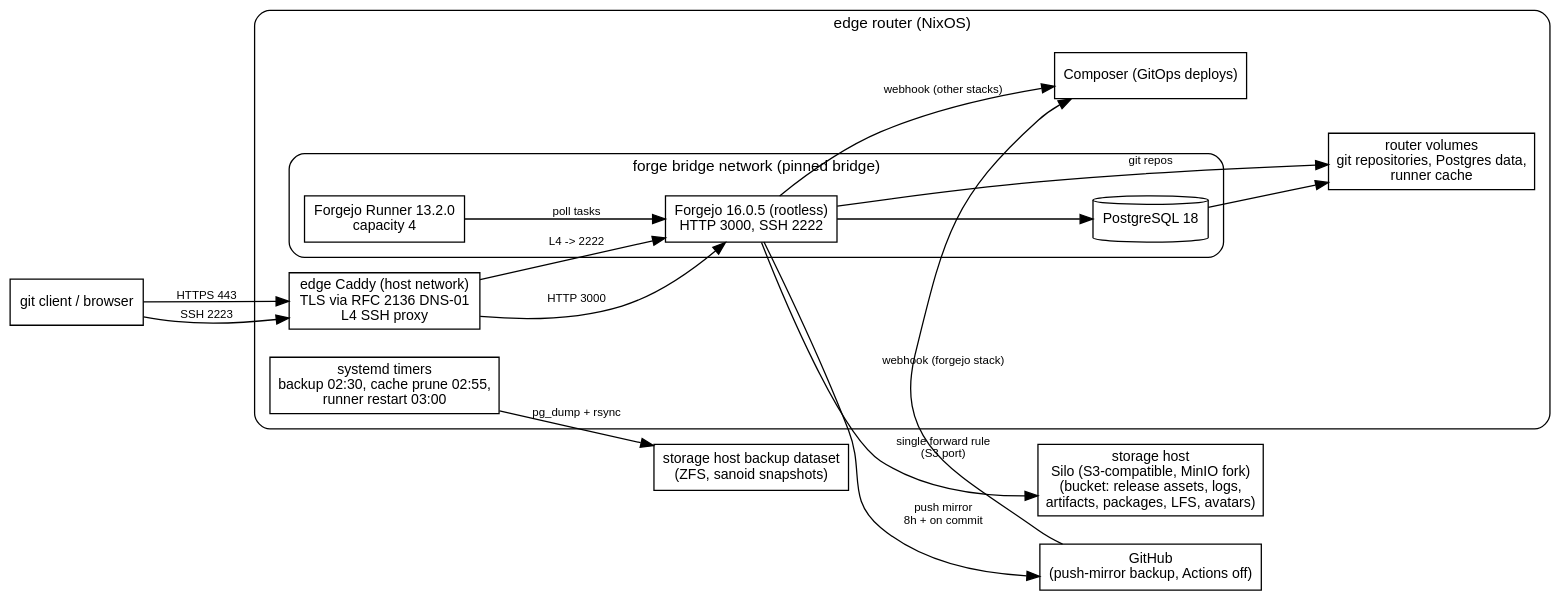
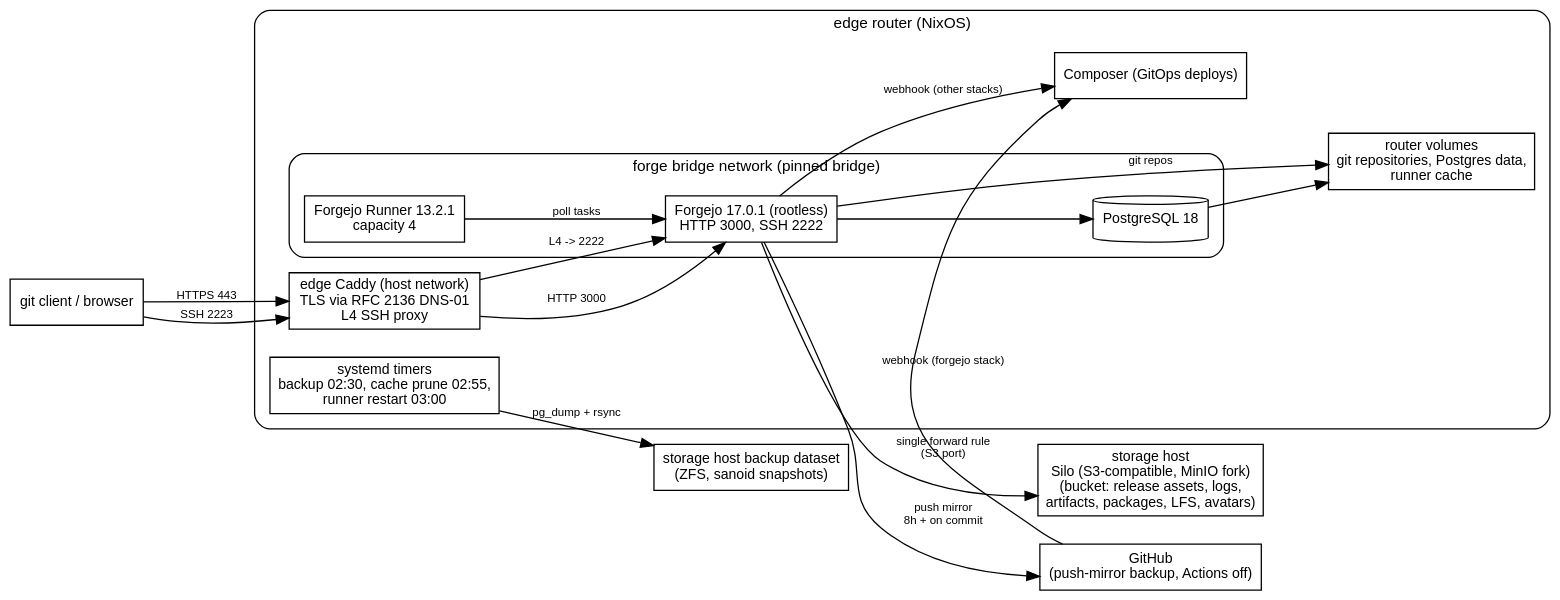
The first of 2 diagrams in src/content/docs/reference/self-hosted-forgejo-router.mdx (erfianugrah/lexicanum), drawn with Graphviz before and after one commit. The commit also changed other lines of this file and 3 other files, not shown here.

First line of the commit message:
docs: Forgejo 17.0.1, runner 13.2.1, postgres 18.7 on the forge pages

````diff
--- a/src/content/docs/reference/self-hosted-forgejo-router.mdx
+++ b/src/content/docs/reference/self-hosted-forgejo-router.mdx
@@ -48,42 +48,42 @@
 ```dot
 digraph {
   rankdir=LR; bgcolor="transparent"; compound=true; nodesep=0.3; ranksep=0.7;
   fontname="Helvetica,Arial,sans-serif";
   node [fontname="Helvetica,Arial,sans-serif", fontsize=11, shape=box];
   edge [fontname="Helvetica,Arial,sans-serif", fontsize=9];
 
   user [label="git client / browser"];
 
   subgraph cluster_router {
     label="edge router (NixOS)"; style=rounded; fontsize=12; margin=12;
     caddy [label="edge Caddy (host network)\nTLS via RFC 2136 DNS-01\nL4 SSH proxy"];
     subgraph cluster_bridge {
       label="forge bridge network (pinned bridge)"; style=rounded; fontsize=12; margin=12;
-      forgejo [label="Forgejo 16.0.5 (rootless)\nHTTP 3000, SSH 2222"];
+      forgejo [label="Forgejo 17.0.1 (rootless)\nHTTP 3000, SSH 2222"];
       pg [label="PostgreSQL 18", shape=cylinder];
-      runner [label="Forgejo Runner 13.2.0\ncapacity 4"];
+      runner [label="Forgejo Runner 13.2.1\ncapacity 4"];
     }
     vols [label="router volumes\ngit repositories, Postgres data,\nrunner cache"];
     composer [label="Composer (GitOps deploys)"];
     timers [label="systemd timers\nbackup 02:30, cache prune 02:55,\nrunner restart 03:00"];
   }
 
   store [label="storage host\nSilo (S3-compatible, MinIO fork)\n(bucket: release assets, logs,\nartifacts, packages, LFS, avatars)"];
   tank [label="storage host backup dataset\n(ZFS, sanoid snapshots)"];
   github [label="GitHub\n(push-mirror backup, Actions off)"];
 
   user -> caddy [label="HTTPS 443"];
   user -> caddy [label="SSH 2223"];
   caddy -> forgejo [label="HTTP 3000"];
   caddy -> forgejo [label="L4 -> 2222"];
   forgejo -> pg;
   forgejo -> vols [label="git repos"];
   pg -> vols;
   runner -> forgejo [label="poll tasks"];
   forgejo -> store [label="single forward rule\n(S3 port)"];
   forgejo -> github [label="push mirror\n8h + on commit"];
   github -> composer [label="webhook (forgejo stack)"];
   forgejo -> composer [label="webhook (other stacks)"];
   timers -> tank [label="pg_dump + rsync"];
 }
 ```
````
